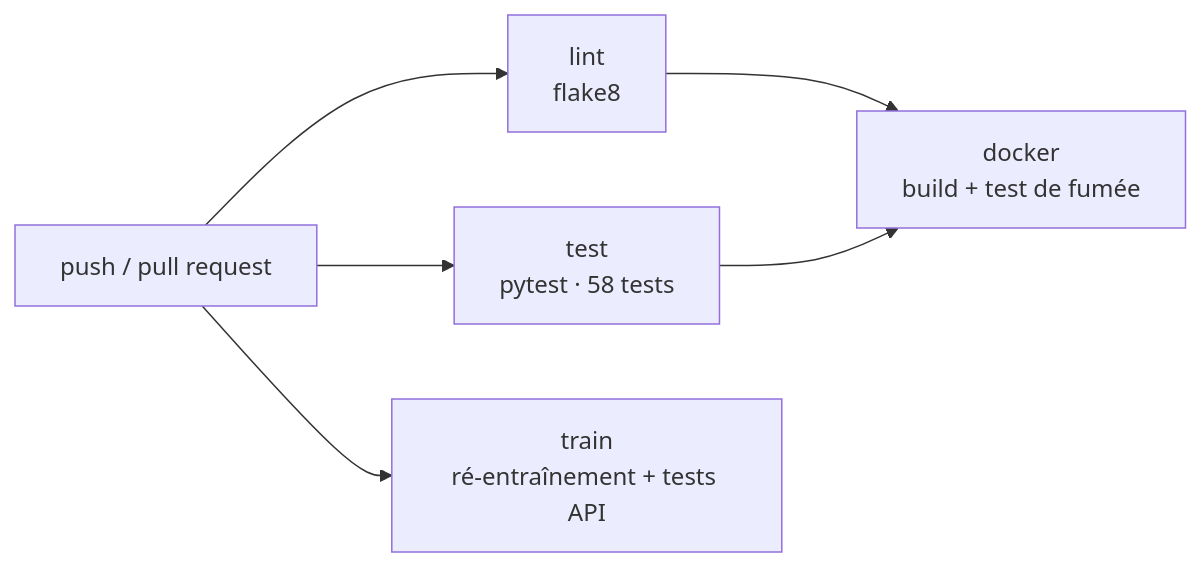
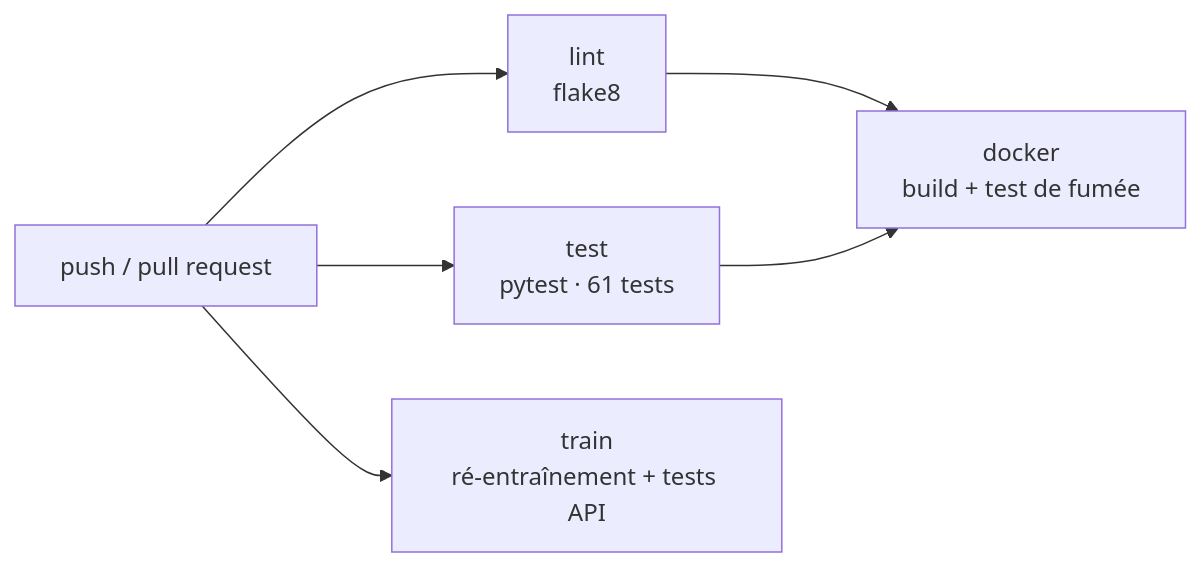
Before and after one commit to Jason-Tch24/mspr: the diagram in mspr841/docs/06_deploiement_et_ci.md, drawn with Mermaid. The commit also changed other lines of this file and 7 other files, not shown here.

````diff
--- a/mspr841/docs/06_deploiement_et_ci.md
+++ b/mspr841/docs/06_deploiement_et_ci.md
@@ -50,8 +50,8 @@
 ```mermaid
 flowchart LR
     P["push / pull request"] --> L["lint<br/>flake8"]
-    P --> T["test<br/>pytest · 58 tests"]
+    P --> T["test<br/>pytest · 61 tests"]
     P --> M["train<br/>ré-entraînement + tests API"]
     L --> D["docker<br/>build + test de fumée"]
     T --> D
 ```
````
